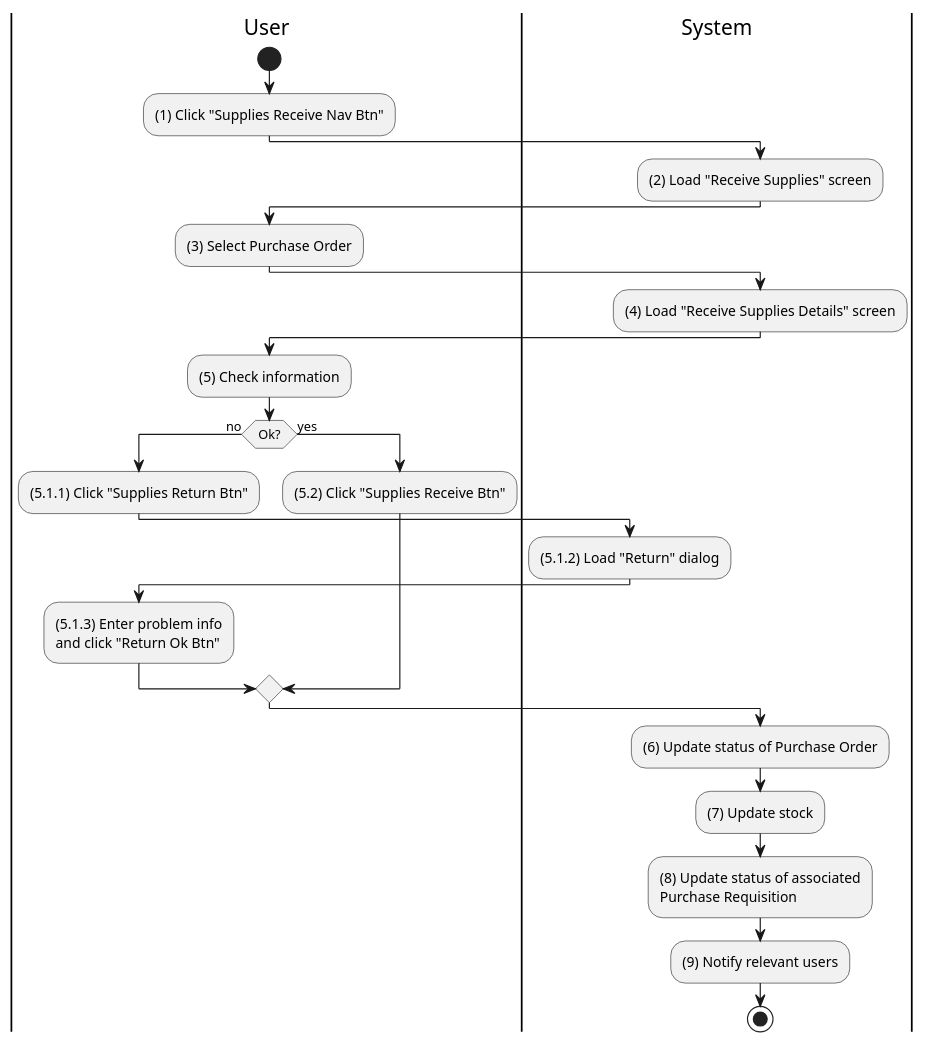
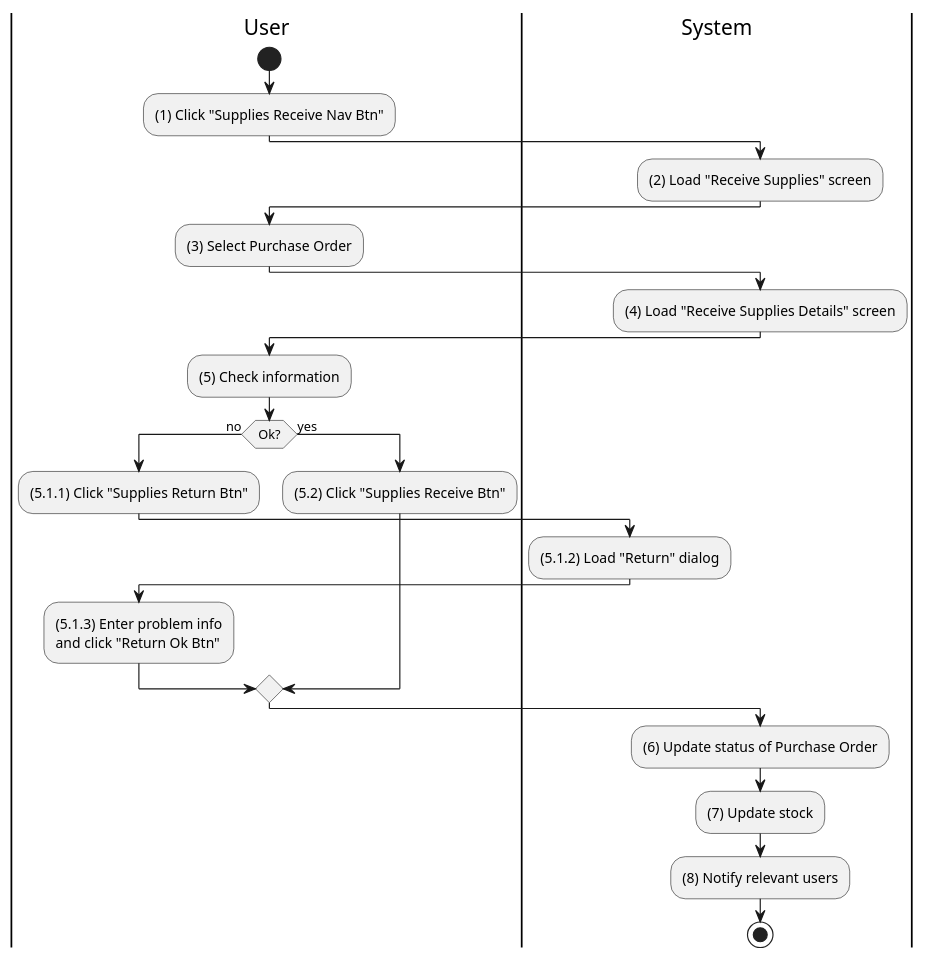
Before and after one commit to phihungha/scmss-reqs: the diagram in activities/inventory-supply-receive.plantuml, drawn with PlantUML. The commit also changed 5 other files, not shown here.

```diff
--- a/activities/inventory-supply-receive.plantuml
+++ b/activities/inventory-supply-receive.plantuml
@@ -1,41 +1,40 @@
 @startuml inventory-supply-receive
 |u|User
 |s|System
 
 |u|
 start
 :(1) Click "Supplies Receive Nav Btn";
 
 |s|
 :(2) Load "Receive Supplies" screen;
 
 |u|
 :(3) Select Purchase Order;
 
 |s|
 :(4) Load "Receive Supplies Details" screen;
 
 |u|
 :(5) Check information;
 
 if (Ok?) then (no)
     |u|
     :(5.1.1) Click "Supplies Return Btn";
 
     |s|
     :(5.1.2) Load "Return" dialog;
 
     |u|
     :(5.1.3) Enter problem info\nand click "Return Ok Btn";
 else (yes)
     |u|
     :(5.2) Click "Supplies Receive Btn";
 endif
 
 |s|
 :(6) Update status of Purchase Order;
 :(7) Update stock;
-:(8) Update status of associated\nPurchase Requisition;
-:(9) Notify relevant users;
+:(8) Notify relevant users;
 stop
 @enduml
```
